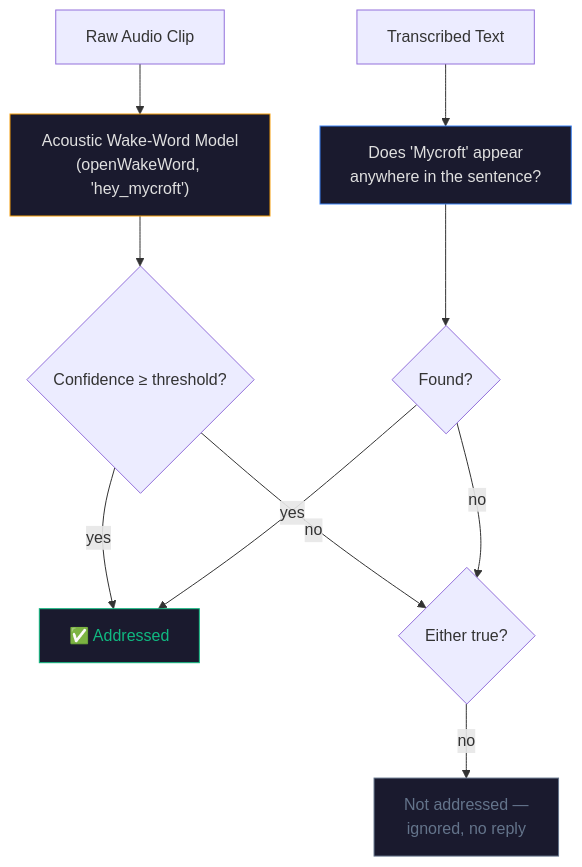
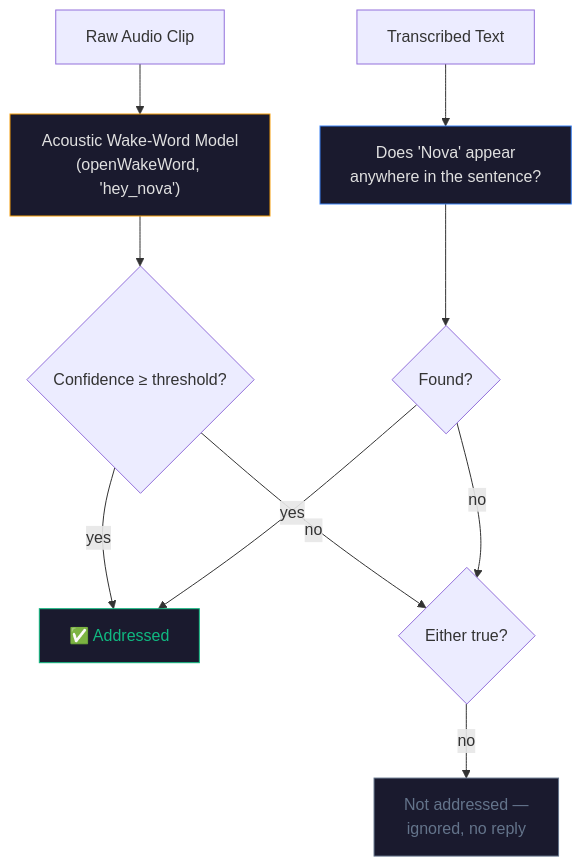
One commit to Saishhhhhh/Nova---Browser-Assistant changed the third of 6 diagrams in ARCHITECTURE.md. Above: the diagram before and after it, drawn with Mermaid. The commit also changed other lines of this file and 40 other files, not shown here.

First line of the commit message:
rename: Mycroft -> Nova; wire in a real custom-trained acoustic wake-word model

````diff
--- a/ARCHITECTURE.md
+++ b/ARCHITECTURE.md
@@ -142,19 +142,19 @@
 ```mermaid
 flowchart TD
-    AUDIO["Raw Audio Clip"] --> ACOUSTIC["Acoustic Wake-Word Model<br/>(openWakeWord, 'hey_mycroft')"]
-    TEXT["Transcribed Text"] --> SEARCH["Does 'Mycroft' appear<br/>anywhere in the sentence?"]
+    AUDIO["Raw Audio Clip"] --> ACOUSTIC["Acoustic Wake-Word Model<br/>(openWakeWord, 'hey_nova')"]
+    TEXT["Transcribed Text"] --> SEARCH["Does 'Nova' appear<br/>anywhere in the sentence?"]
 
     ACOUSTIC --> C1{"Confidence ≥ threshold?"}
     SEARCH --> C2{"Found?"}
 
     C1 -->|yes| YES["✅ Addressed"]
     C2 -->|yes| YES
     C1 -->|no| C2B{"Either true?"}
     C2 -->|no| C2B
     C2B -->|no| NO["Not addressed —\nignored, no reply"]
 
     style ACOUSTIC fill:#1a1a2e,color:#e0e0e0,stroke:#f59e0b
     style SEARCH fill:#1a1a2e,color:#e0e0e0,stroke:#3b82f6
     style YES fill:#1a1a2e,color:#10b981,stroke:#10b981
     style NO fill:#1a1a2e,color:#64748b,stroke:#64748b
 ```
````
